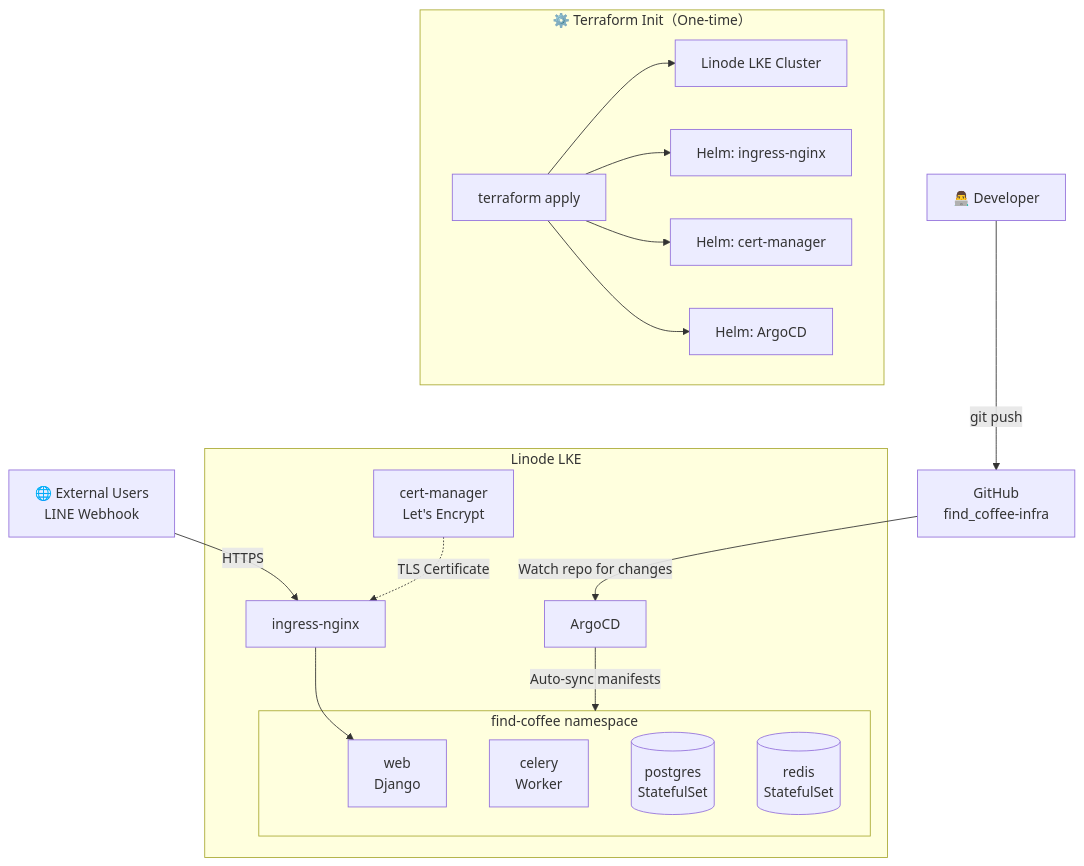
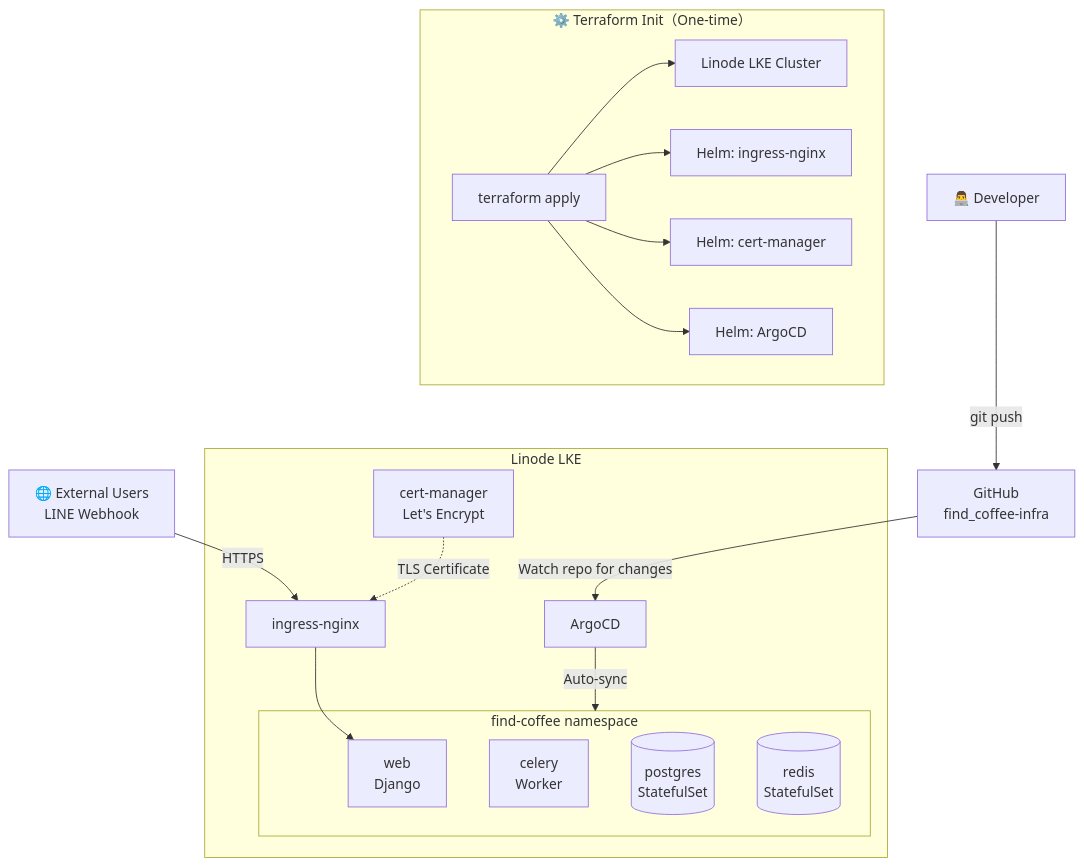
One commit to KK-Huang86/Find_Coffee-infra changed the first of 3 diagrams in README.en.md. Above: the diagram before and after it, drawn with Mermaid. The commit also changed 1 other file, not shown here.

Commit message:
doc: adjust README

````diff
--- a/README.en.md
+++ b/README.en.md
@@ -17,32 +17,32 @@
 ```mermaid
 graph TB
     Dev[👨‍💻 Developer] -->|git push| GitHub[GitHub\nfind_coffee-infra]
 
     subgraph Terraform [⚙️ Terraform Init（One-time）]
         TF[terraform apply]
         TF --> LKE[Linode LKE Cluster]
         TF --> H1[Helm: ingress-nginx]
         TF --> H2[Helm: cert-manager]
         TF --> H3[Helm: ArgoCD]
     end
 
     GitHub -->|Watch repo for changes| ArgoCD[ArgoCD]
 
     subgraph Cluster [Linode LKE]
-        ArgoCD -->|Auto-sync manifests| NS
+        ArgoCD -->|Auto-sync| NS
 
         subgraph NS [find-coffee namespace]
             Web[web\nDjango]
             Celery[celery\nWorker]
             PG[(postgres\nStatefulSet)]
             Redis[(redis\nStatefulSet)]
         end
 
         Nginx[ingress-nginx]
         Cert[cert-manager\nLet's Encrypt]
     end
 
     User[🌐 External Users\nLINE Webhook] -->|HTTPS| Nginx
     Nginx --> Web
     Cert -.->|TLS Certificate| Nginx
 ```
````
